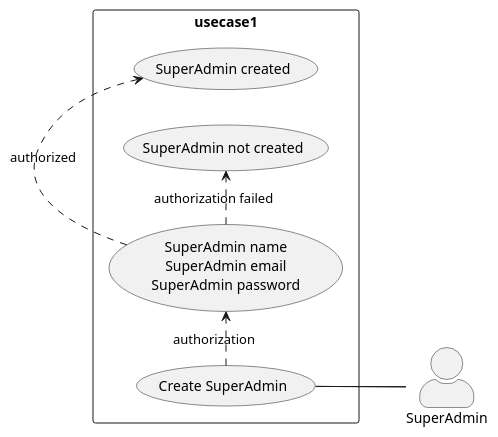
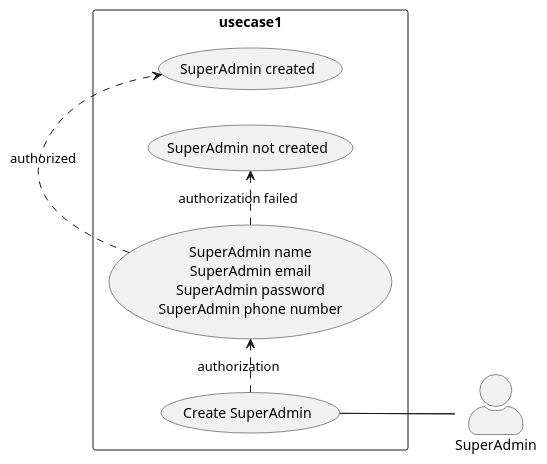
One commit to wawerualbert/CodeHub changed the diagram in 1_superadmin_ usecase1.wsd. Above: the diagram before and after it, drawn with PlantUML. The commit also changed 3 other files, not shown here.

```diff
--- a/1_superadmin_ usecase1.wsd
+++ b/1_superadmin_ usecase1.wsd
@@ -1,16 +1,16 @@
 @startuml Create SuperAdmin
 
 skinparam actorStyle awesome
 left to right direction
 skinparam packageStyle rectangle
 
 actor SuperAdmin
 rectangle usecase1 {
   SuperAdmin -- (Create SuperAdmin)
-  (Create SuperAdmin) .> (SuperAdmin name\nSuperAdmin email\nSuperAdmin password) : authorization
-  (SuperAdmin name\nSuperAdmin email\nSuperAdmin password) .> (SuperAdmin created) : authorized
-  (SuperAdmin name\nSuperAdmin email\nSuperAdmin password) .> (SuperAdmin not created) : authorization failed
+  (Create SuperAdmin) .> (SuperAdmin name\nSuperAdmin email\nSuperAdmin password\nSuperAdmin phone number) : authorization
+  (SuperAdmin name\nSuperAdmin email\nSuperAdmin password\nSuperAdmin phone number) .> (SuperAdmin created) : authorized
+  (SuperAdmin name\nSuperAdmin email\nSuperAdmin password\nSuperAdmin phone number) .> (SuperAdmin not created) : authorization failed
   (Create SuperAdmin)-- SuperAdmin
 }
 
 @enduml
```
